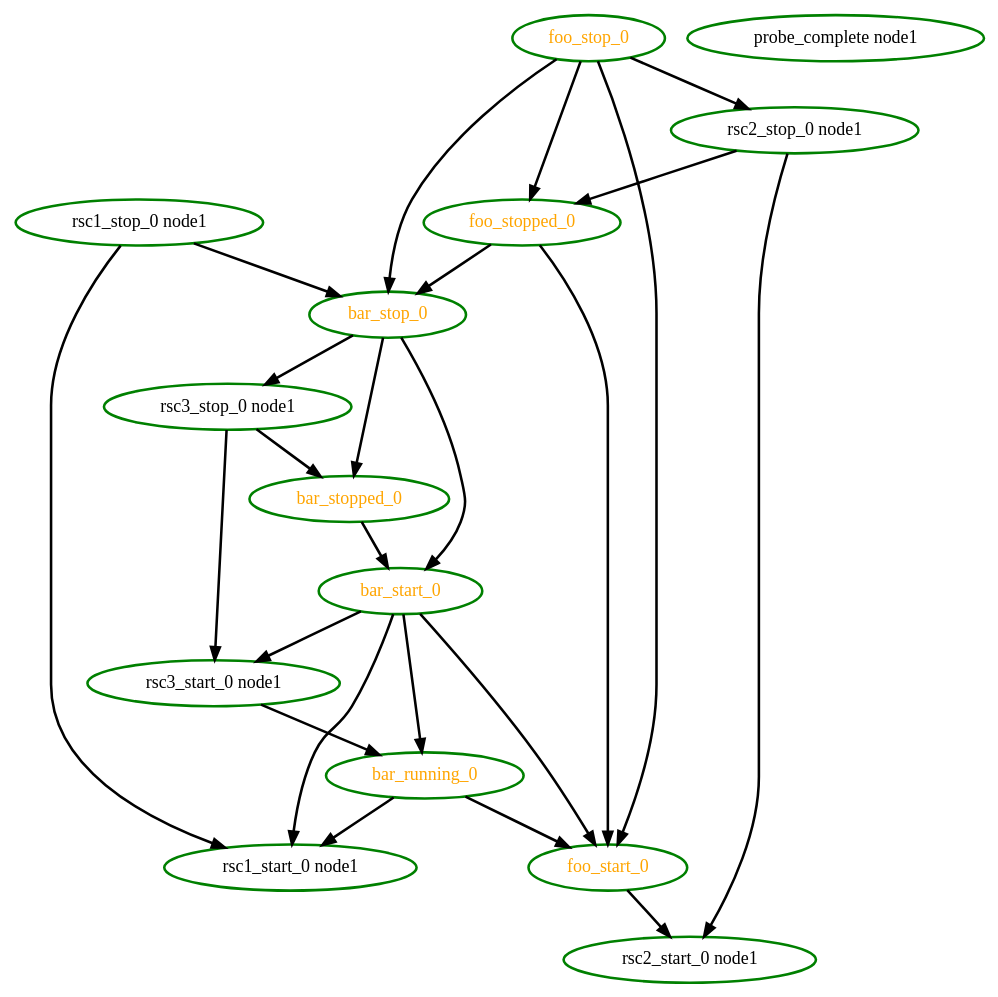
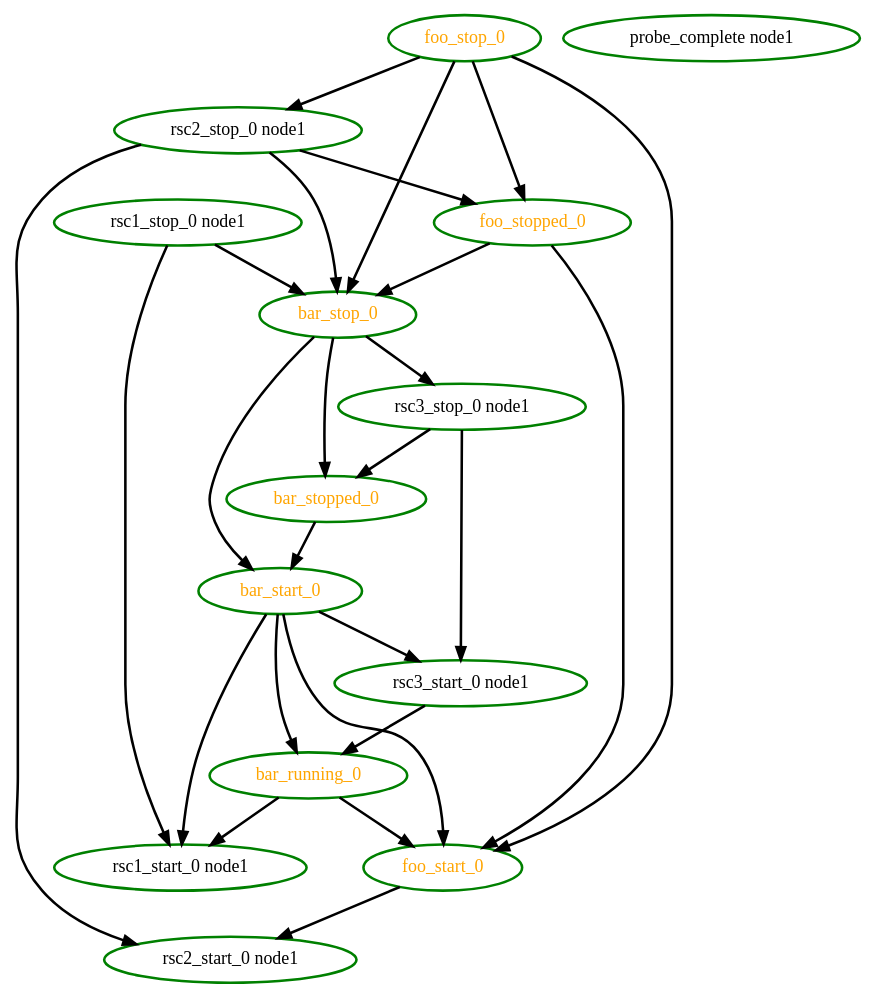
The diagram in crm/pengine/testcases/rec-rsc-9.dot (richiewen8/heartbeat), drawn with Graphviz before and after one commit. The commit also changed 25 other files, not shown here.

```diff
--- a/crm/pengine/testcases/rec-rsc-9.dot
+++ b/crm/pengine/testcases/rec-rsc-9.dot
@@ -1,40 +1,41 @@
  digraph "g" {
 "bar_running_0" -> "foo_start_0" [ style = bold]
 "bar_running_0" -> "rsc1_start_0 node1" [ style = bold]
 "bar_running_0" [ style=bold color="green" fontcolor="orange" ]
 "bar_start_0" -> "bar_running_0" [ style = bold]
 "bar_start_0" -> "foo_start_0" [ style = bold]
 "bar_start_0" -> "rsc1_start_0 node1" [ style = bold]
 "bar_start_0" -> "rsc3_start_0 node1" [ style = bold]
 "bar_start_0" [ style=bold color="green" fontcolor="orange" ]
 "bar_stop_0" -> "bar_start_0" [ style = bold]
 "bar_stop_0" -> "bar_stopped_0" [ style = bold]
 "bar_stop_0" -> "rsc3_stop_0 node1" [ style = bold]
 "bar_stop_0" [ style=bold color="green" fontcolor="orange" ]
 "bar_stopped_0" -> "bar_start_0" [ style = bold]
 "bar_stopped_0" [ style=bold color="green" fontcolor="orange" ]
 "foo_start_0" -> "rsc2_start_0 node1" [ style = bold]
 "foo_start_0" [ style=bold color="green" fontcolor="orange" ]
 "foo_stop_0" -> "bar_stop_0" [ style = bold]
 "foo_stop_0" -> "foo_start_0" [ style = bold]
 "foo_stop_0" -> "foo_stopped_0" [ style = bold]
 "foo_stop_0" -> "rsc2_stop_0 node1" [ style = bold]
 "foo_stop_0" [ style=bold color="green" fontcolor="orange" ]
 "foo_stopped_0" -> "bar_stop_0" [ style = bold]
 "foo_stopped_0" -> "foo_start_0" [ style = bold]
 "foo_stopped_0" [ style=bold color="green" fontcolor="orange" ]
 "probe_complete node1" [ style=bold color="green" fontcolor="black" ]
 "rsc1_start_0 node1" [ style=bold color="green" fontcolor="black" ]
 "rsc1_stop_0 node1" -> "bar_stop_0" [ style = bold]
 "rsc1_stop_0 node1" -> "rsc1_start_0 node1" [ style = bold]
 "rsc1_stop_0 node1" [ style=bold color="green" fontcolor="black" ]
 "rsc2_start_0 node1" [ style=bold color="green" fontcolor="black" ]
+"rsc2_stop_0 node1" -> "bar_stop_0" [ style = bold]
 "rsc2_stop_0 node1" -> "foo_stopped_0" [ style = bold]
 "rsc2_stop_0 node1" -> "rsc2_start_0 node1" [ style = bold]
 "rsc2_stop_0 node1" [ style=bold color="green" fontcolor="black" ]
 "rsc3_start_0 node1" -> "bar_running_0" [ style = bold]
 "rsc3_start_0 node1" [ style=bold color="green" fontcolor="black" ]
 "rsc3_stop_0 node1" -> "bar_stopped_0" [ style = bold]
 "rsc3_stop_0 node1" -> "rsc3_start_0 node1" [ style = bold]
 "rsc3_stop_0 node1" [ style=bold color="green" fontcolor="black" ]
 }
```
